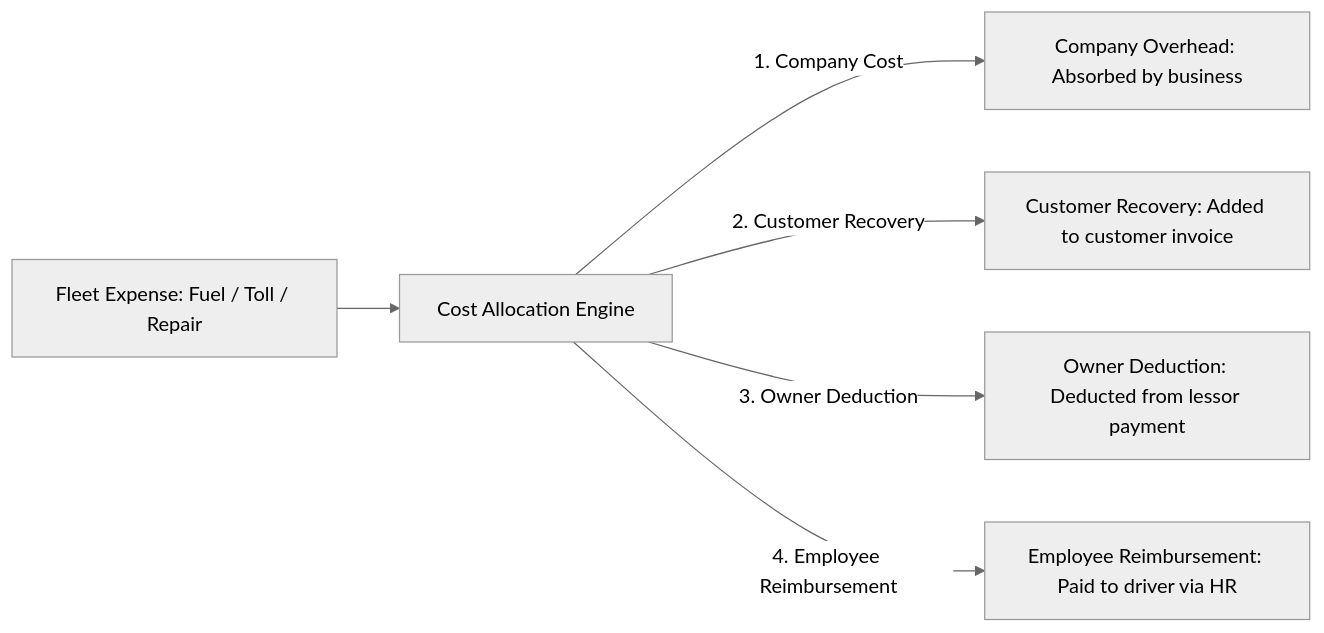
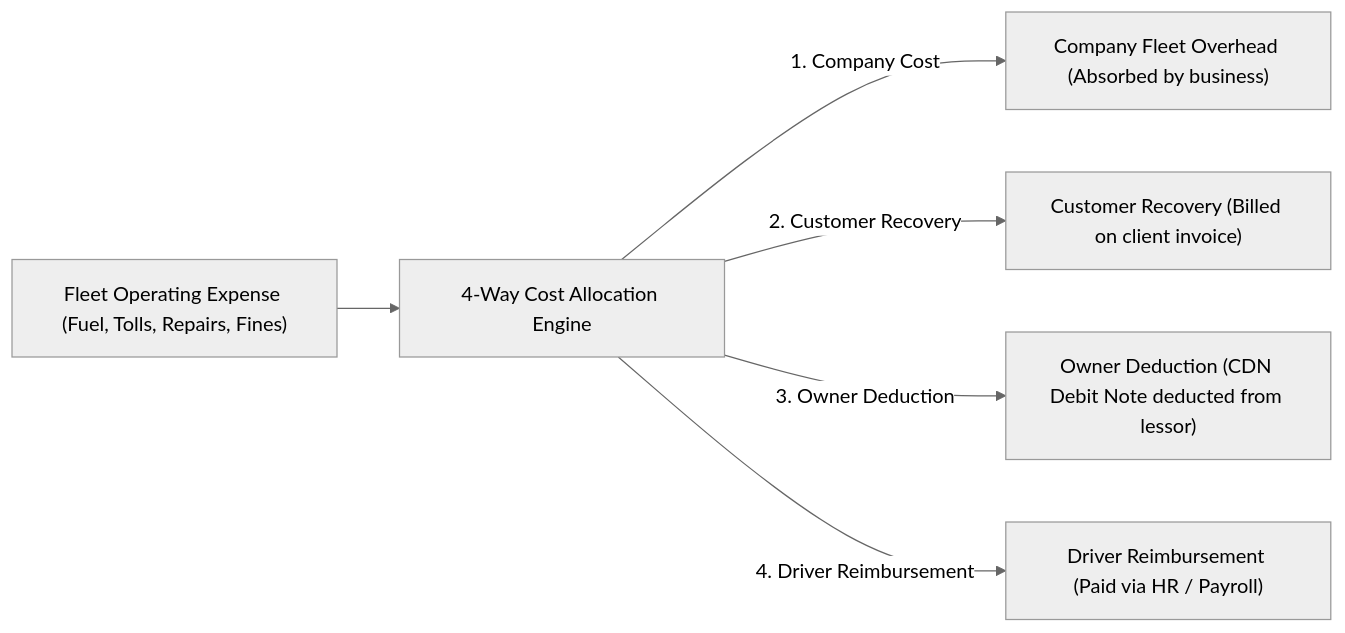
The sixth of 8 diagrams in docs/VEHICLE_RENTAL_GUIDE.md (kasunvimarshana/AutoERP), drawn with Mermaid (neutral theme) before and after one commit. The commit also changed other lines of this file and 1 other file, not shown here.

````diff
--- a/docs/VEHICLE_RENTAL_GUIDE.md
+++ b/docs/VEHICLE_RENTAL_GUIDE.md
@@ -356,8 +341,8 @@
 ```mermaid
-graph LR
-    EXP[Fleet Expense: Fuel / Toll / Repair] --> ALLOC[Cost Allocation Engine]
-    ALLOC -->|1. Company Cost| OVH[Company Overhead: Absorbed by business]
-    ALLOC -->|2. Customer Recovery| CUST[Customer Recovery: Added to customer invoice]
-    ALLOC -->|3. Owner Deduction| OWN[Owner Deduction: Deducted from lessor payment]
-    ALLOC -->|4. Employee Reimbursement| EMP[Employee Reimbursement: Paid to driver via HR]
+flowchart LR
+    EXP["Fleet Operating Expense (Fuel, Tolls, Repairs, Fines)"] --> ALLOC["4-Way Cost Allocation Engine"]
+    ALLOC -->|1. Company Cost| OVH["Company Fleet Overhead (Absorbed by business)"]
+    ALLOC -->|2. Customer Recovery| CUST["Customer Recovery (Billed on client invoice)"]
+    ALLOC -->|3. Owner Deduction| OWN["Owner Deduction (CDN Debit Note deducted from lessor)"]
+    ALLOC -->|4. Driver Reimbursement| HR["Driver Reimbursement (Paid via HR / Payroll)"]
 ```
````
